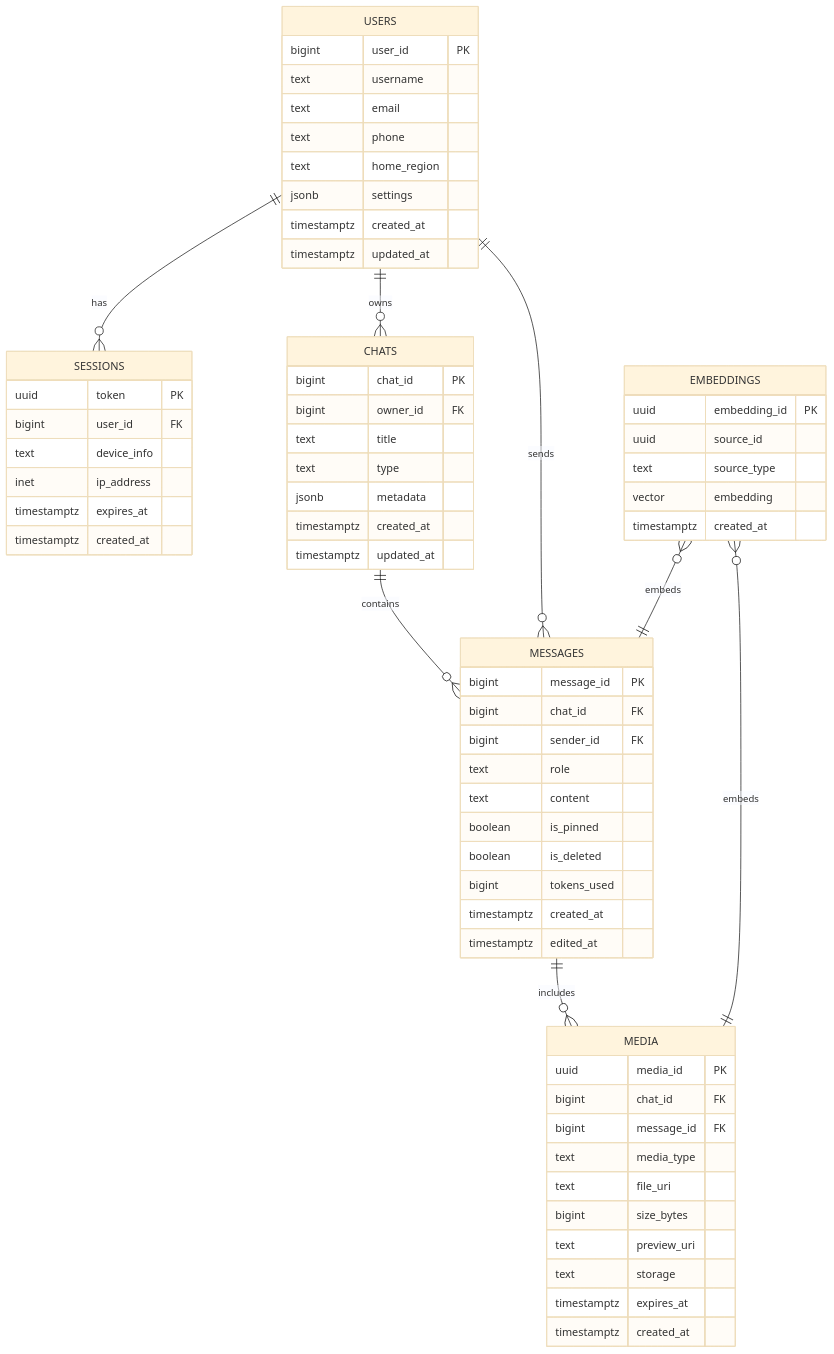
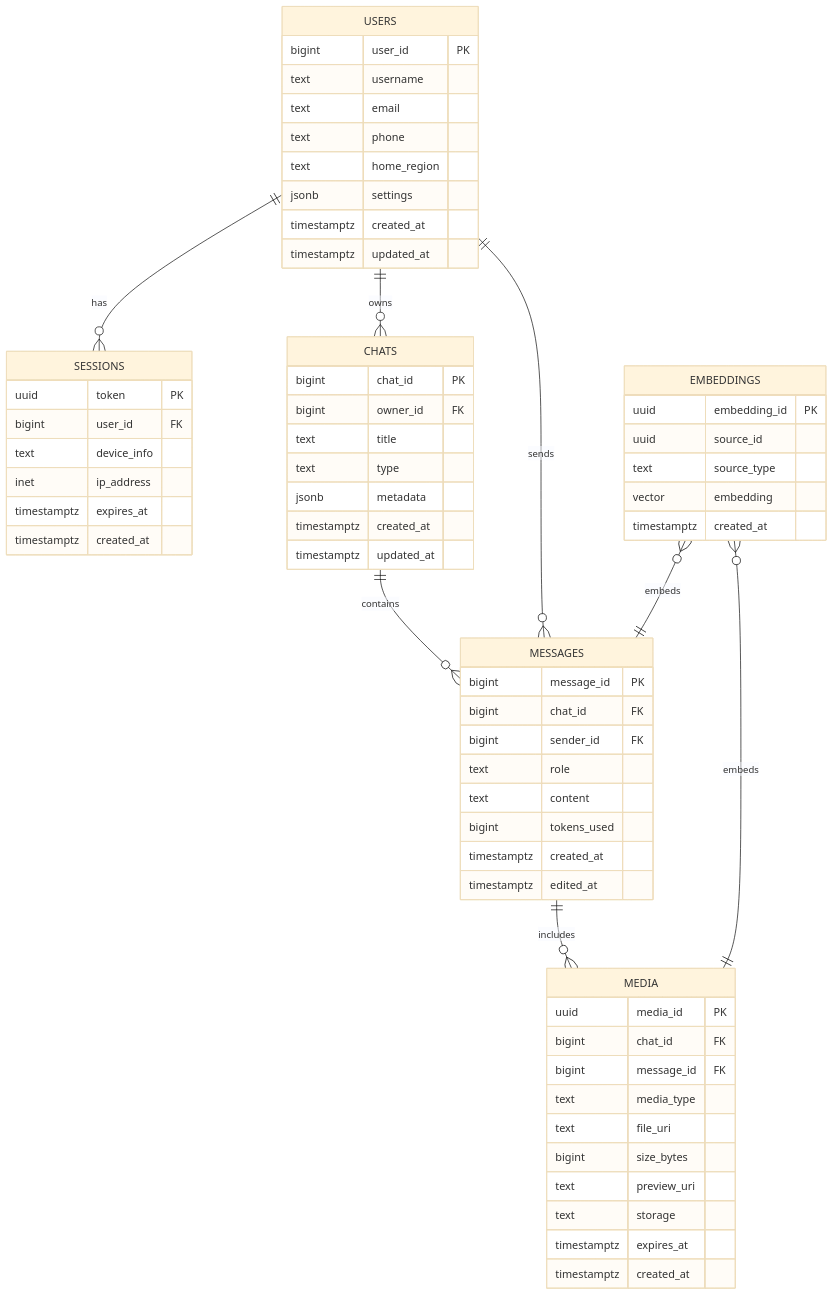
The first of 2 diagrams in README.md (gettingthingsdoneee/gemini_highload), drawn with Mermaid (base theme) before and after one commit. The commit also changed other lines of this file, not shown here.

````diff
--- a/README.md
+++ b/README.md
@@ -425,74 +425,72 @@
 ```mermaid
 erDiagram
     USERS {
         bigint user_id PK
         text username
         text email
         text phone
         text home_region
         jsonb settings
         timestamptz created_at
         timestamptz updated_at
     }
 
     SESSIONS {
         uuid token PK
         bigint user_id FK
         text device_info
         inet ip_address
         timestamptz expires_at
         timestamptz created_at
     }
 
     CHATS {
         bigint chat_id PK
         bigint owner_id FK
         text title
         text type
         jsonb metadata
         timestamptz created_at
         timestamptz updated_at
     }
 
     MESSAGES {
         bigint message_id PK
         bigint chat_id FK
         bigint sender_id FK
         text role
         text content
-        boolean is_pinned
-        boolean is_deleted
         bigint tokens_used
         timestamptz created_at
         timestamptz edited_at
     }
 
     MEDIA {
         uuid media_id PK
         bigint chat_id FK
         bigint message_id FK
         text media_type
         text file_uri
         bigint size_bytes
         text preview_uri
         text storage
         timestamptz expires_at
         timestamptz created_at
     }
 
     EMBEDDINGS {
         uuid embedding_id PK
         uuid source_id
         text source_type
         vector embedding
         timestamptz created_at
     }
 
     USERS ||--o{ SESSIONS : has
     USERS ||--o{ CHATS : owns
     CHATS ||--o{ MESSAGES : contains
     USERS ||--o{ MESSAGES : sends
     MESSAGES ||--o{ MEDIA : includes
     EMBEDDINGS }o--|| MESSAGES : embeds
     EMBEDDINGS }o--|| MEDIA : embeds
 ```
````
